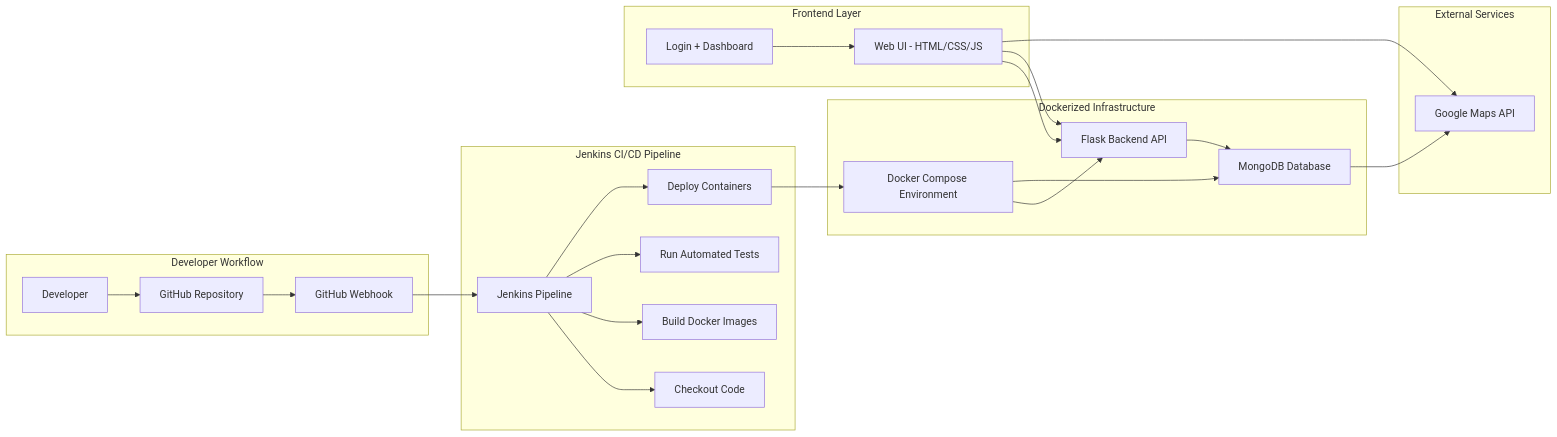
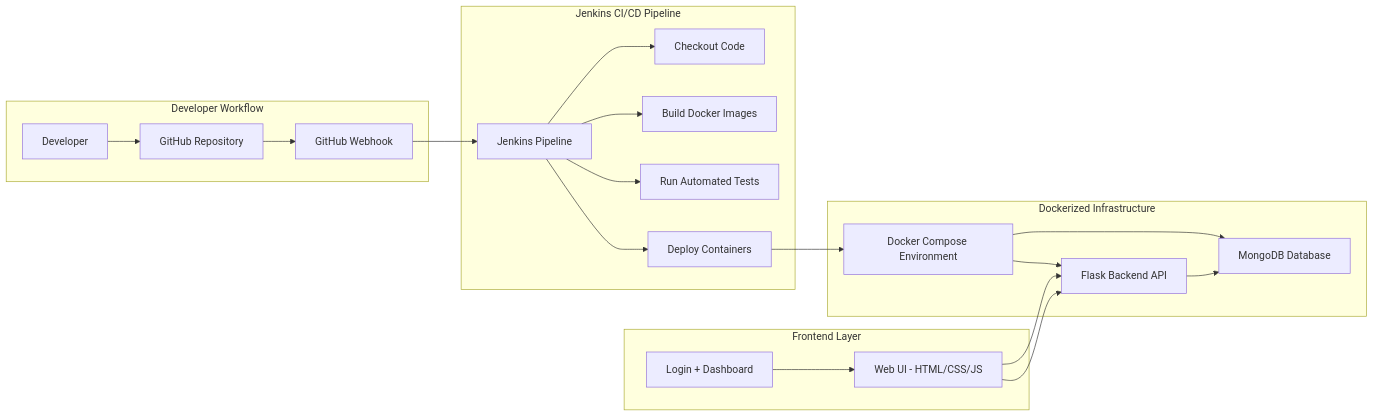
The diagram in README.md (judacas/Summer-ToDo-List), drawn with Mermaid before and after one commit. The commit also changed other lines of this file, not shown here.

````diff
--- a/README.md
+++ b/README.md
@@ -134,44 +134,37 @@
 ```mermaid
 flowchart LR
 
   subgraph dev [Developer Workflow]
     A[Developer] --> B[GitHub Repository]
     B --> C[GitHub Webhook]
   end
 
   subgraph cicd [Jenkins CI/CD Pipeline]
     C --> D[Jenkins Pipeline]
     D --> D1[Checkout Code]
     D --> D2[Build Docker Images]
     D --> D3[Run Automated Tests]
     D --> D4[Deploy Containers]
   end
 
   subgraph infra [Dockerized Infrastructure]
     E[Flask Backend API]
     F[MongoDB Database]
     G[Docker Compose Environment]
   end
 
   subgraph frontend [Frontend Layer]
     H[Web UI - HTML/CSS/JS]
     I[Login + Dashboard]
   end
 
-  subgraph external [External Services]
-    J[Google Maps API]
-  end
-
   D4 --> G
   G --> E
   G --> F
 
   H --> E
   I --> H
 
   E --> F
   H --> E
-  H --> J
-
-  F --> J
 ```
````
